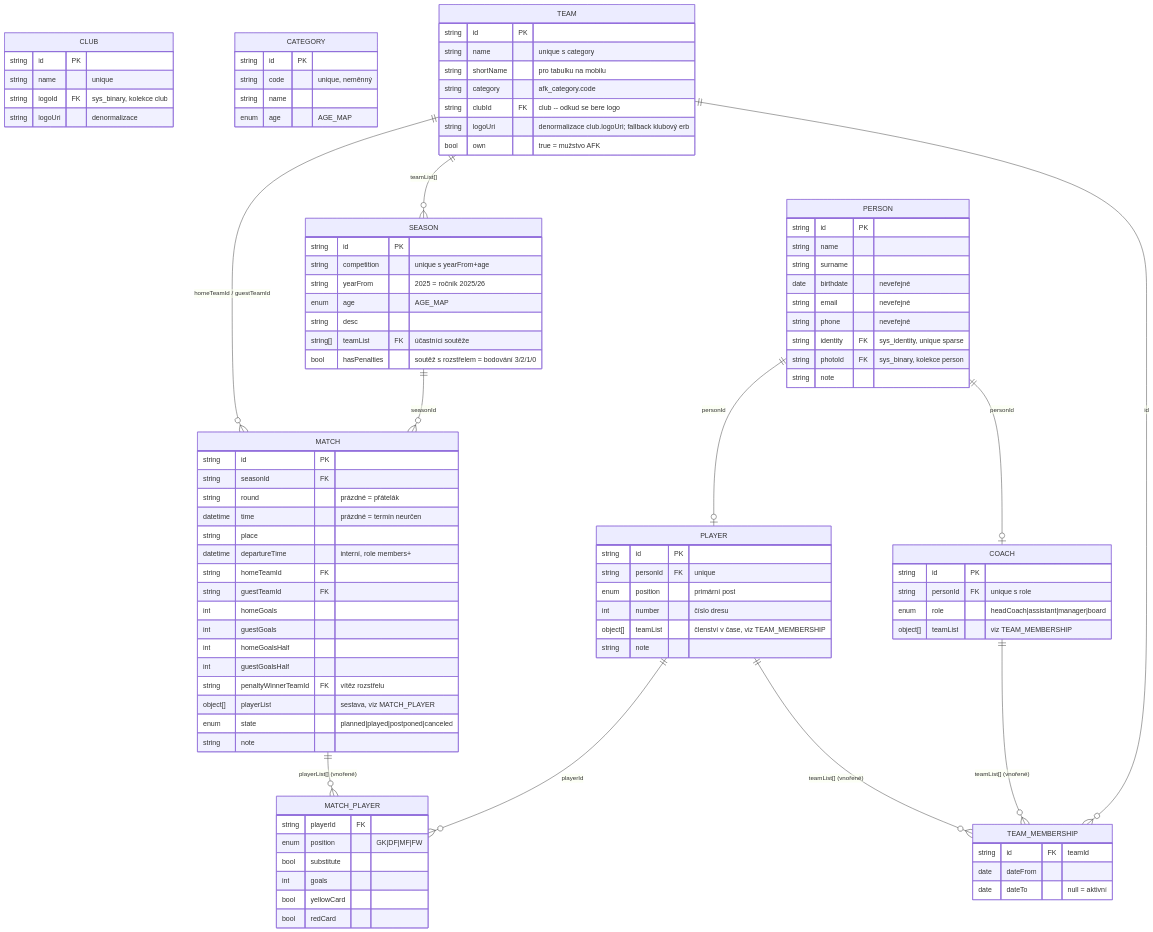
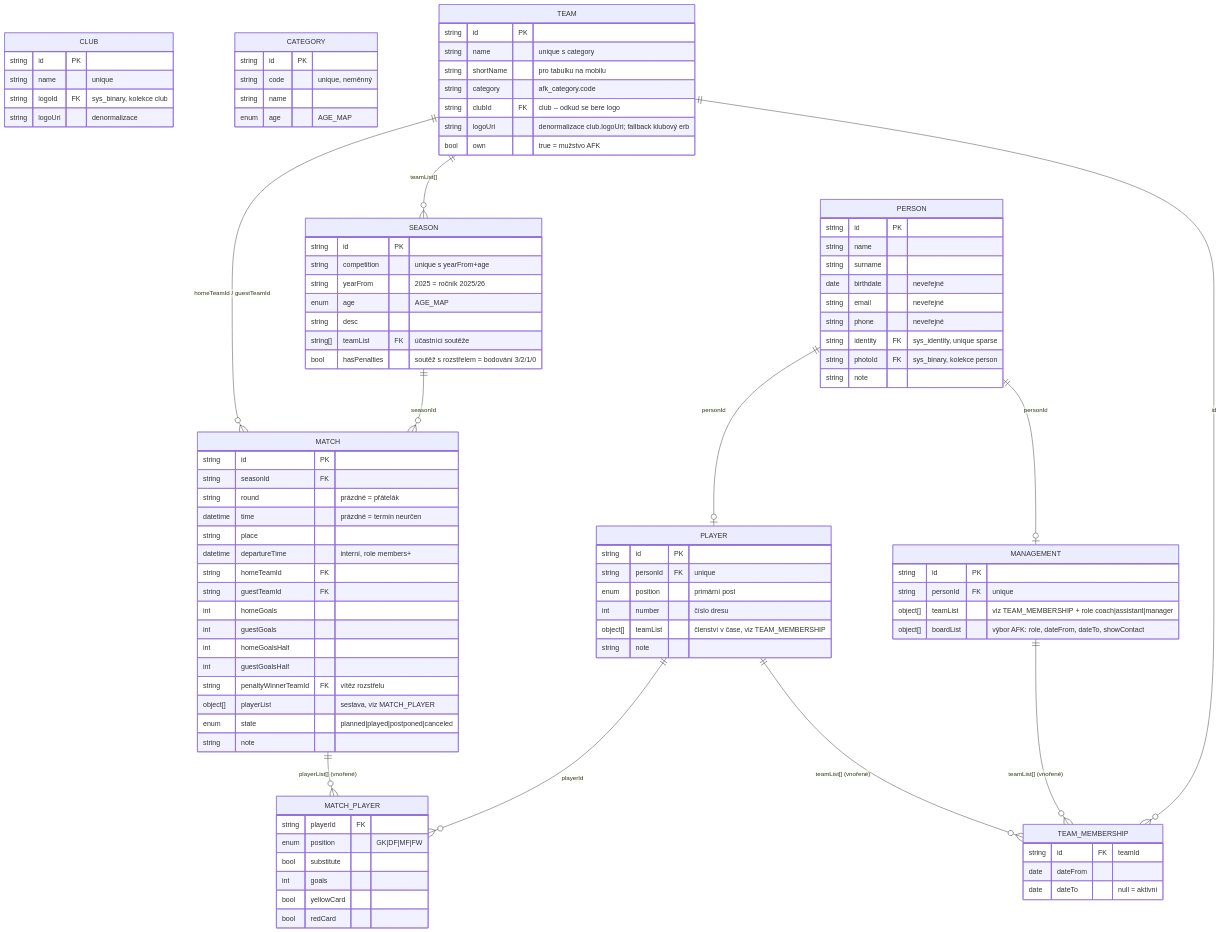
One commit to capo00/afkbratcice changed the second of 3 diagrams in design/data-model.md. Above: the diagram before and after it, drawn with Mermaid. The commit also changed other lines of this file and 43 other files, not shown here.

First line of the commit message:
feat: vedení klubu (management) místo coach, výbor z dat, soupiska per sezóna

````diff
--- a/design/data-model.md
+++ b/design/data-model.md
@@ -130,11 +130,11 @@
         object[] teamList "členství v čase, viz TEAM_MEMBERSHIP"
         string   note
     }
-    COACH {
+    MANAGEMENT {
         string   id PK
-        string   personId FK "unique s role"
-        enum     role "headCoach|assistant|manager|board"
-        object[] teamList "viz TEAM_MEMBERSHIP"
+        string   personId FK "unique"
+        object[] teamList "viz TEAM_MEMBERSHIP + role coach|assistant|manager"
+        object[] boardList "výbor AFK: role, dateFrom, dateTo, showContact"
     }
     TEAM_MEMBERSHIP {
         string id FK "teamId"
@@ -148,8 +148,8 @@
     MATCH  ||--o{ MATCH_PLAYER    : "playerList[] (vnořené)"
     PLAYER ||--o{ MATCH_PLAYER    : "playerId"
     PERSON ||--o| PLAYER          : "personId"
-    PERSON ||--o| COACH           : "personId"
+    PERSON ||--o| MANAGEMENT      : "personId"
     PLAYER ||--o{ TEAM_MEMBERSHIP : "teamList[] (vnořené)"
-    COACH  ||--o{ TEAM_MEMBERSHIP : "teamList[] (vnořené)"
+    MANAGEMENT ||--o{ TEAM_MEMBERSHIP : "teamList[] (vnořené)"
     TEAM   ||--o{ TEAM_MEMBERSHIP : "id"
 ```
````
